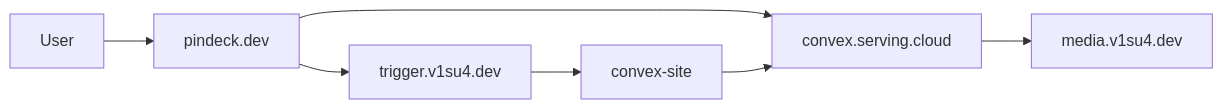
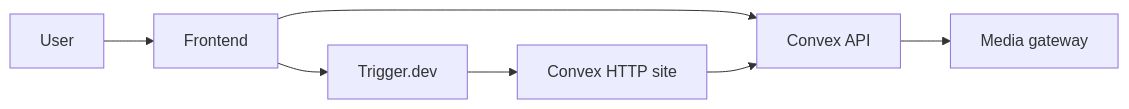
Before and after one commit to gordo-v1su4/pindeck: the first of 2 diagrams in docs/architecture/platform-topology.md, drawn with Mermaid. The commit also changed other lines of this file and 20 other files, not shown here.

````diff
--- a/docs/architecture/platform-topology.md
+++ b/docs/architecture/platform-topology.md
@@ -24,9 +24,9 @@
 ```mermaid
 flowchart LR
-  U[User] --> FE[pindeck.dev]
-  FE --> CVX[convex.serving.cloud]
-  CVX --> RFS[media.v1su4.dev]
-  FE --> TRG[trigger.v1su4.dev]
-  TRG --> SITE[convex-site]
+  U[User] --> FE[Frontend]
+  FE --> CVX[Convex API]
+  CVX --> RFS[Media gateway]
+  FE --> TRG[Trigger.dev]
+  TRG --> SITE[Convex HTTP site]
   SITE --> CVX
 ```
````
